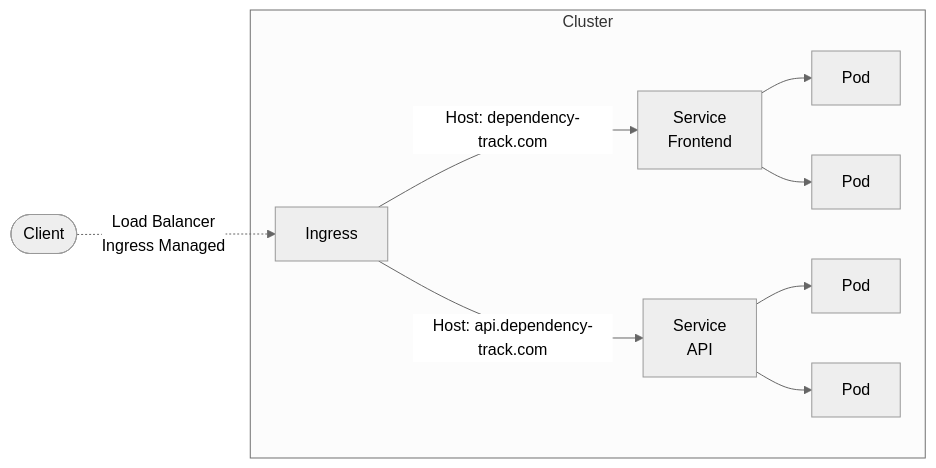
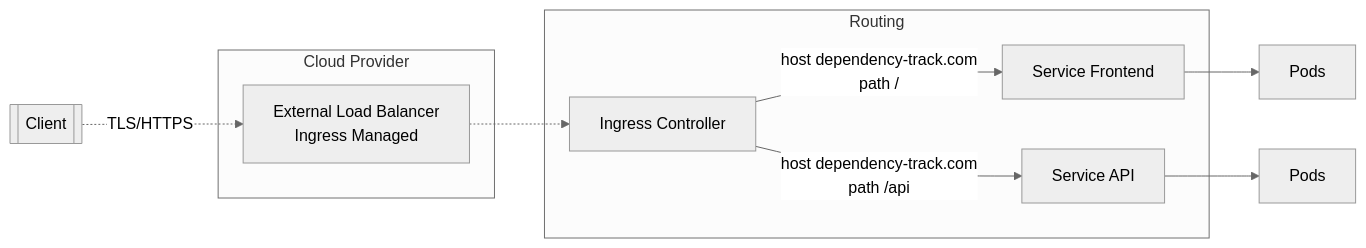
The second of 2 diagrams in manifests/base/dependency-track/README.md (sentenz/kubernetes), drawn with Mermaid (neutral theme) before and after one commit. The commit also changed other lines of this file and 4 other files, not shown here.

Commit message:
refactor: bump version of helm charts in `manifests/`

````diff
--- a/manifests/base/dependency-track/README.md
+++ b/manifests/base/dependency-track/README.md
@@ -107,13 +120,17 @@
     ```mermaid
-    graph LR;
-      client([Client])-. Load Balancer<br>Ingress Managed .->ingress[Ingress];
-      ingress-->|Host: dependency-track.com|service1[Service<br>Frontend];
-      ingress-->|Host: api.dependency-track.com|service2[Service<br>API];
-      subgraph Cluster
-        ingress;
-        service1-->pod1[Pod];
-        service1-->pod2[Pod];
-        service2-->pod3[Pod];
-        service2-->pod4[Pod];
+    flowchart LR
+      Client[[Client]] -.-> |TLS/HTTPS| lb -.-> IngressCtrl[Ingress Controller]
+
+      subgraph cloud [Cloud Provider]
+          lb[External Load Balancer<br>Ingress Managed]
       end
+
+
+      subgraph Routing
+        IngressCtrl -->|host dependency-track.com<br>path /| SvcWeb[Service Frontend]
+        IngressCtrl -->|host dependency-track.com<br>path /api| SvcAPI[Service API]
+      end
+
+      SvcWeb --> PodsWeb[Pods]
+      SvcAPI --> PodsAPI[Pods]
     ```
````
